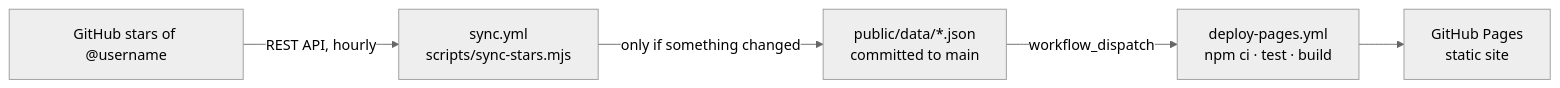
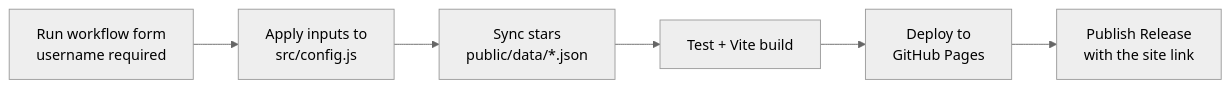
Before and after one commit to mrx7014/GitStar: the diagram in README.md, drawn with Mermaid (neutral theme). The commit also changed other lines of this file and 7 other files, not shown here.

Commit message:
feat: add unified manual build workflow

````diff
--- a/README.md
+++ b/README.md
@@ -31,7 +31,8 @@
 ```mermaid
 flowchart LR
-  A[GitHub stars of @username] -->|REST API, hourly| B[sync.yml<br/>scripts/sync-stars.mjs]
-  B -->|only if something changed| C[public/data/*.json<br/>committed to main]
-  C -->|workflow_dispatch| D[deploy-pages.yml<br/>npm ci · test · build]
-  D --> E[GitHub Pages<br/>static site]
+  F["Run workflow form<br/>username required"] --> A[Apply inputs to<br/>src/config.js]
+  A --> B[Sync stars<br/>public/data/*.json]
+  B --> C[Test + Vite build]
+  C --> D[Deploy to<br/>GitHub Pages]
+  D --> E[Publish Release<br/>with the site link]
 ```
````
